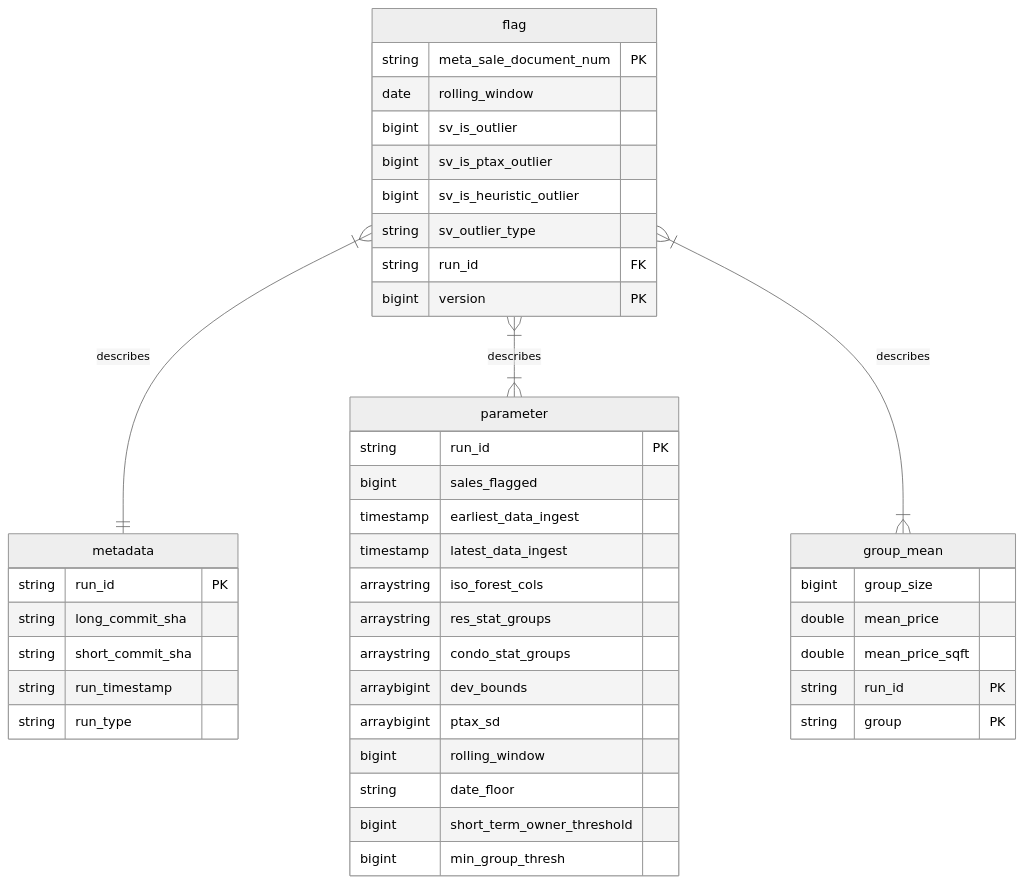
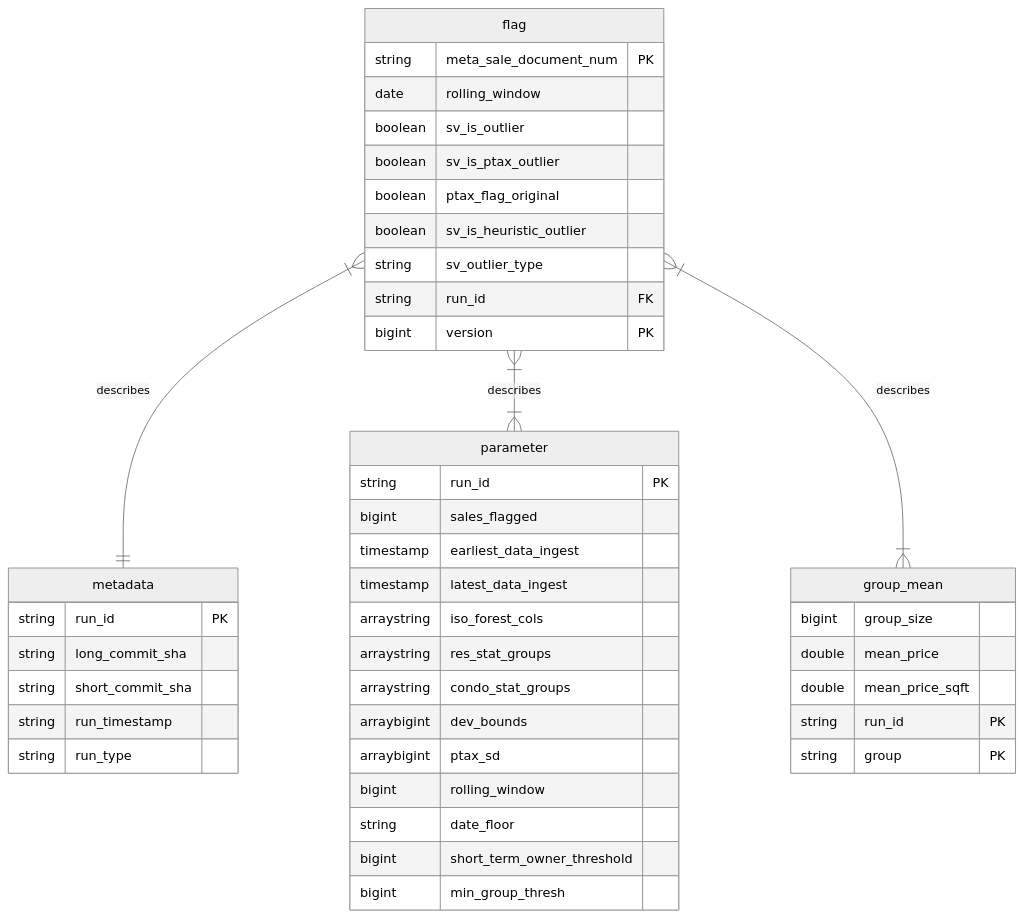
Before and after one commit to ccao-data/model-sales-val: the third of 4 diagrams in README.md, drawn with Mermaid (neutral theme).

````diff
--- a/README.md
+++ b/README.md
@@ -150,48 +150,49 @@
 ```mermaid
 erDiagram
     flag }|--|| metadata : describes
     flag }|--|{ parameter : describes
     flag }|--|{ group_mean : describes
 
     flag {
         string meta_sale_document_num PK
         date rolling_window
-        bigint sv_is_outlier
-        bigint sv_is_ptax_outlier
-        bigint sv_is_heuristic_outlier
+        boolean sv_is_outlier
+        boolean sv_is_ptax_outlier
+        boolean ptax_flag_original
+        boolean sv_is_heuristic_outlier
         string sv_outlier_type
         string run_id FK
         bigint version PK
 
     }
     metadata {
         string run_id PK
         string long_commit_sha
         string short_commit_sha
         string run_timestamp
         string run_type
     }
     parameter {
         string run_id PK
         bigint sales_flagged
         timestamp earliest_data_ingest
         timestamp latest_data_ingest
         arraystring iso_forest_cols
         arraystring res_stat_groups
         arraystring condo_stat_groups
         arraybigint dev_bounds
         arraybigint ptax_sd
         bigint rolling_window
         string date_floor
         bigint short_term_owner_threshold
         bigint min_group_thresh
     }
 
     group_mean {
         bigint group_size
         double mean_price
         double mean_price_sqft
         string run_id PK
         string group PK
     }
 ```
````
